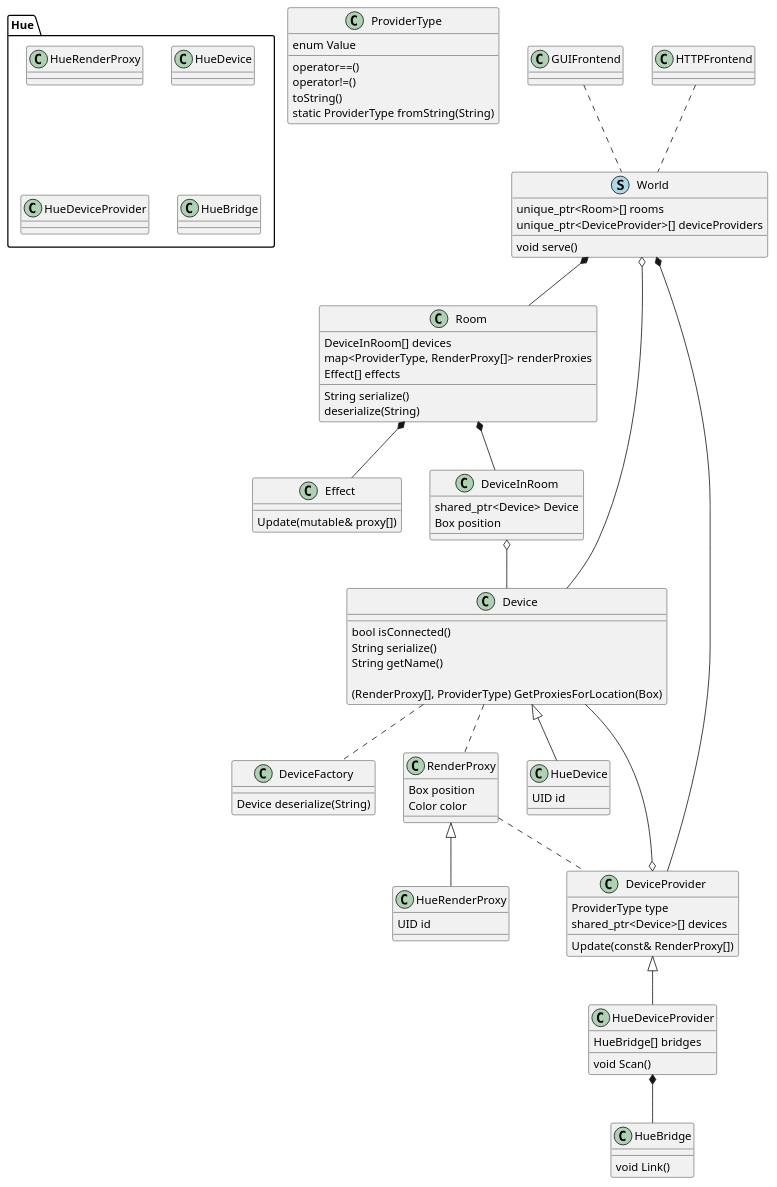
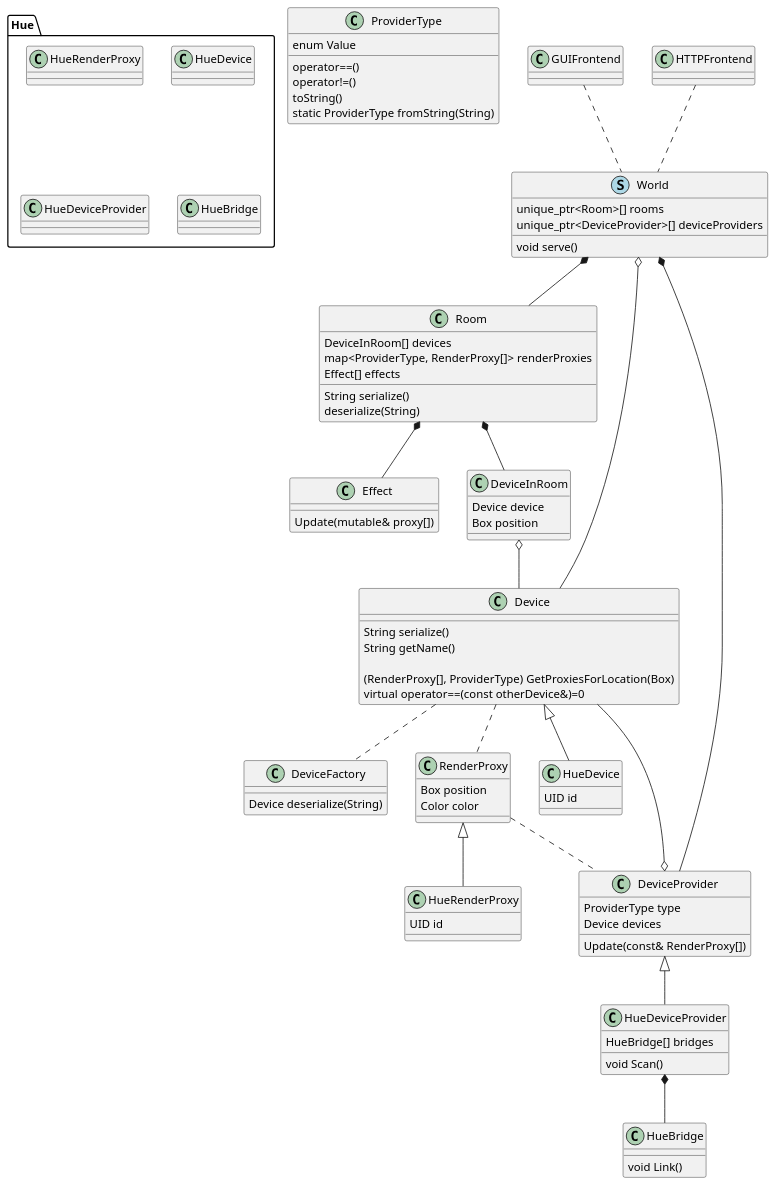
Before and after one commit to BradyBrenot/huestacean-design: the diagram in class.plantuml, drawn with PlantUML. The commit also changed 1 other file, not shown here.

Commit message:
simplify Device, add notes

```diff
--- a/class.plantuml
+++ b/class.plantuml
@@ -1,119 +1,119 @@
 @startuml
 class ProviderType {
   enum Value
 
   operator==()
   operator!=()
   toString()
   static ProviderType fromString(String)
 }
 
 class World << (S, lightblue) >> {
   void serve()
 
   unique_ptr<Room>[] rooms
   unique_ptr<DeviceProvider>[] deviceProviders
 }
 
 class Effect {
   Update(mutable& proxy[])
 }
 
 class GUIFrontend {
 
 }
 
 class HTTPFrontend {
 
 }
 
 class Room {
   DeviceInRoom[] devices
   map<ProviderType, RenderProxy[]> renderProxies
   Effect[] effects
 
   String serialize()
   deserialize(String)
 }
 
 class DeviceInRoom {
-  shared_ptr<Device> Device
+  Device device
   Box position
 }
 
 class Device {
-  bool isConnected()
   String serialize()
   String getName()
 
   (RenderProxy[], ProviderType) GetProxiesForLocation(Box)
+  virtual operator==(const otherDevice&)=0
 }
 
 class DeviceFactory {
   Device deserialize(String)
 }
 
 class RenderProxy {
   Box position
   Color color
 }
 
 class DeviceProvider {
   ProviderType type
-  shared_ptr<Device>[] devices
+  Device devices
 
   Update(const& RenderProxy[])
 }
 
 World o-- Device
 World *-- Room
 World *-- DeviceProvider
 
 Device .. RenderProxy
 
 Device .. DeviceFactory
 
 DeviceInRoom o-- Device
 DeviceProvider o-- Device
 Room *-- DeviceInRoom
 Room *-- Effect
 
 GUIFrontend .. World
 HTTPFrontend .. World
 
 RenderProxy .. DeviceProvider
 
 ' ==== Hue ====
 
 package Hue {
   class HueRenderProxy
   class HueDevice
   class HueDeviceProvider
   class HueBridge
 }
 
 class HueDevice {
   UID id
 }
 
 class HueRenderProxy {
   UID id
 }
 
 class HueDeviceProvider {
   HueBridge[] bridges
 
   void Scan()
 }
 
 class HueBridge {
   void Link()
 }
 
 HueDeviceProvider *-- HueBridge
 
 RenderProxy <|-- HueRenderProxy
 Device <|-- HueDevice
 DeviceProvider <|-- HueDeviceProvider
 
 @enduml
```
